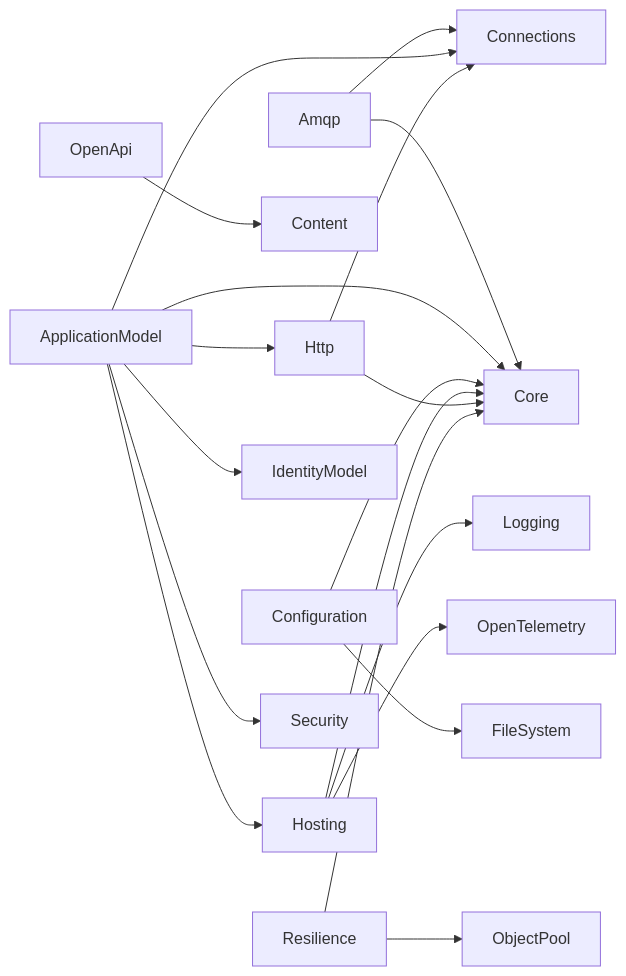
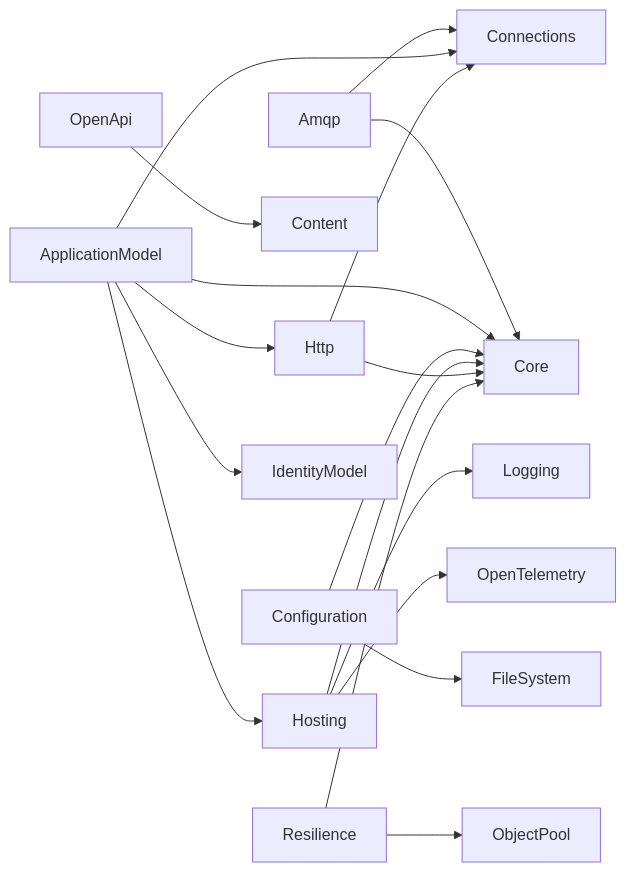
One commit to assimalign/cohesion changed the first of 28 diagrams in docs/DEPENDENCIES.md. Above: the diagram before and after it, drawn with Mermaid. The commit also changed other lines of this file and 570 other files, not shown here.

````diff
--- a/docs/DEPENDENCIES.md
+++ b/docs/DEPENDENCIES.md
@@ -65,37 +65,35 @@
 ```mermaid
 flowchart LR
     L0["Amqp"]
     L1["ApplicationModel"]
     L2["Configuration"]
     L3["Connections"]
     L4["Content"]
     L5["Core"]
     L6["FileSystem"]
     L7["Hosting"]
     L8["Http"]
     L9["IdentityModel"]
     L10["Logging"]
     L11["ObjectPool"]
     L12["OpenApi"]
     L13["OpenTelemetry"]
     L14["Resilience"]
-    L15["Security"]
     L0 --> L3
     L0 --> L5
     L1 --> L3
     L1 --> L5
     L1 --> L7
     L1 --> L8
     L1 --> L9
-    L1 --> L15
     L2 --> L5
     L2 --> L6
     L7 --> L5
     L7 --> L10
     L7 --> L13
     L8 --> L3
     L8 --> L5
     L12 --> L4
     L14 --> L5
     L14 --> L11
 ```
````
